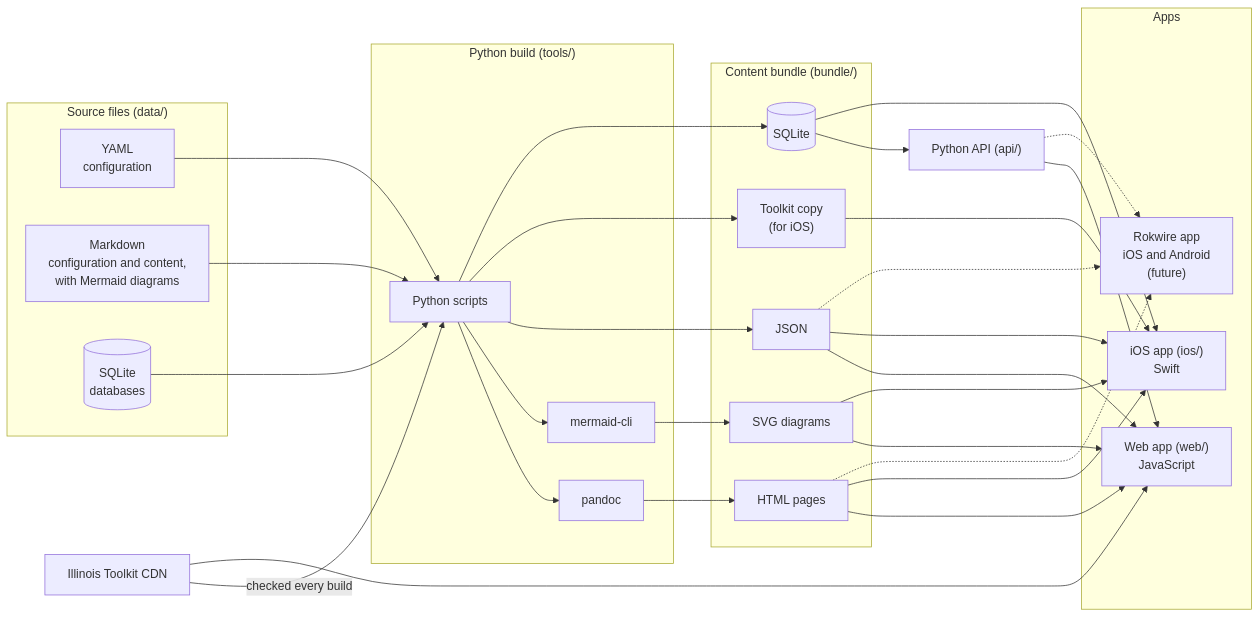
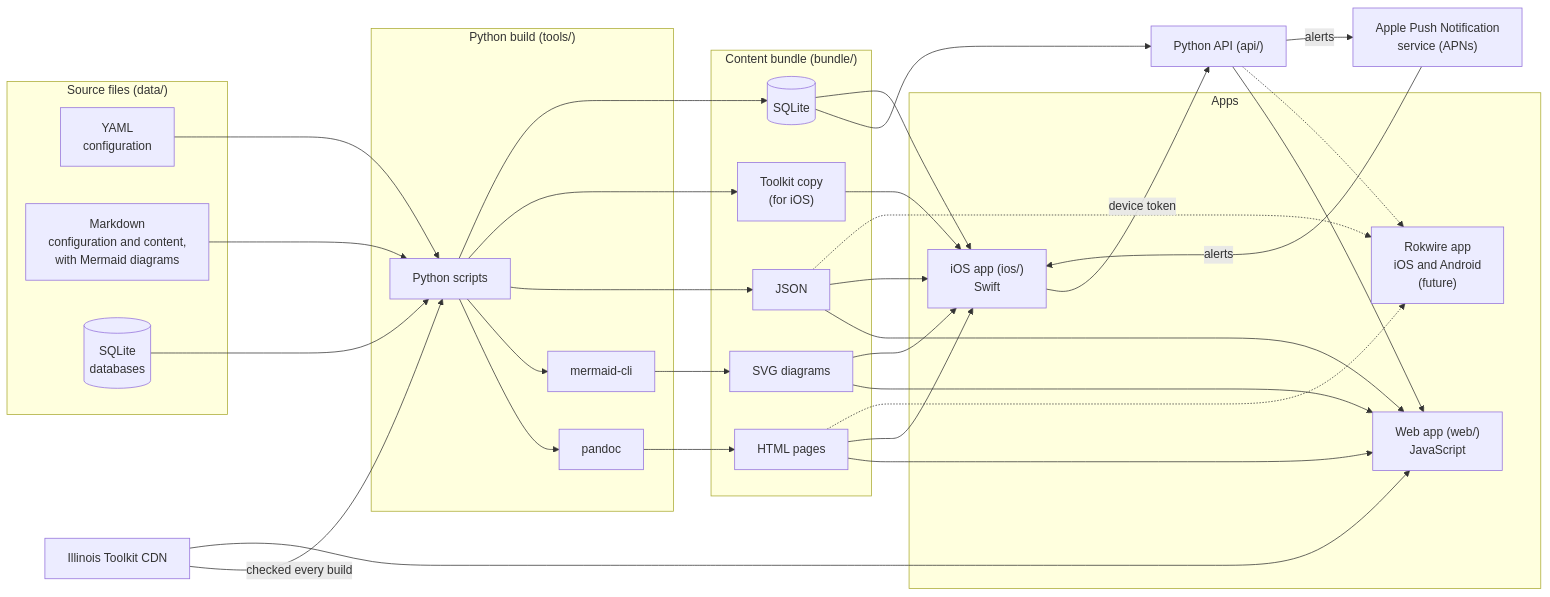
The first of 2 diagrams in doc/config.md (jasonheimbaugh/EMMA), drawn with Mermaid before and after one commit. The commit also changed other lines of this file and 2 other files, not shown here.

Commit message:
Notifications: APNs design in doc/config.md

````diff
--- a/doc/config.md
+++ b/doc/config.md
@@ -7,57 +7,60 @@
 ```mermaid
 flowchart LR
     subgraph source["Source files (data/)"]
         yaml["YAML<br/>configuration"]
         md["Markdown<br/>configuration and content,<br/>with Mermaid diagrams"]
         db[("SQLite<br/>databases")]
     end
 
     subgraph build["Python build (tools/)"]
         py["Python scripts"]
         pandoc["pandoc"]
         mmdc["mermaid-cli"]
     end
 
     subgraph bundle["Content bundle (bundle/)"]
         html["HTML pages"]
         svg["SVG diagrams"]
         json["JSON"]
         tk["Toolkit copy<br/>(for iOS)"]
         dbcopy[("SQLite")]
     end
 
     api["Python API (api/)"]
 
     subgraph apps["Apps"]
         web["Web app (web/)<br/>JavaScript"]
         ios["iOS app (ios/)<br/>Swift"]
         rok["Rokwire app<br/>iOS and Android<br/>(future)"]
     end
 
     yaml --> py
     md --> py
     db --> py
     py --> pandoc --> html
     py --> mmdc --> svg
     py --> json
     cdn["Illinois Toolkit CDN"] -->|checked every build| py
     py --> tk
     tk --> ios
     cdn --> web
     py --> dbcopy
 
     dbcopy --> api
     api --> web
+    apns["Apple Push Notification<br/>service (APNs)"]
+    api -->|alerts| apns -->|alerts| ios
+    ios -->|device token| api
     html --> web
     svg --> web
     json --> web
 
     html --> ios
     svg --> ios
     json --> ios
     dbcopy --> ios
 
     api -.-> rok
     html -.-> rok
     json -.-> rok
 ```
````
